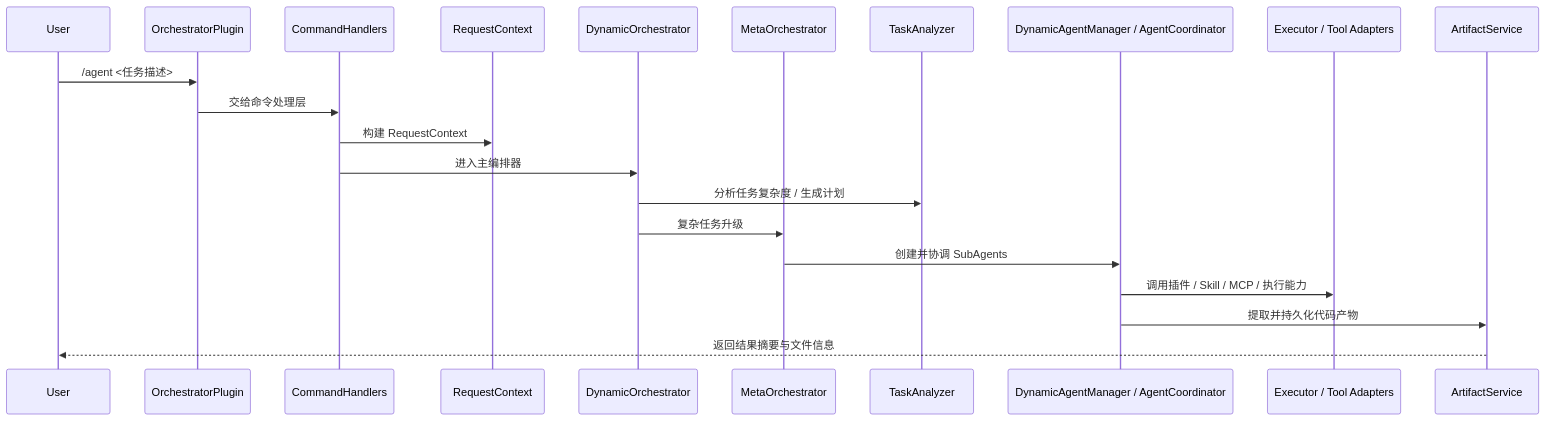
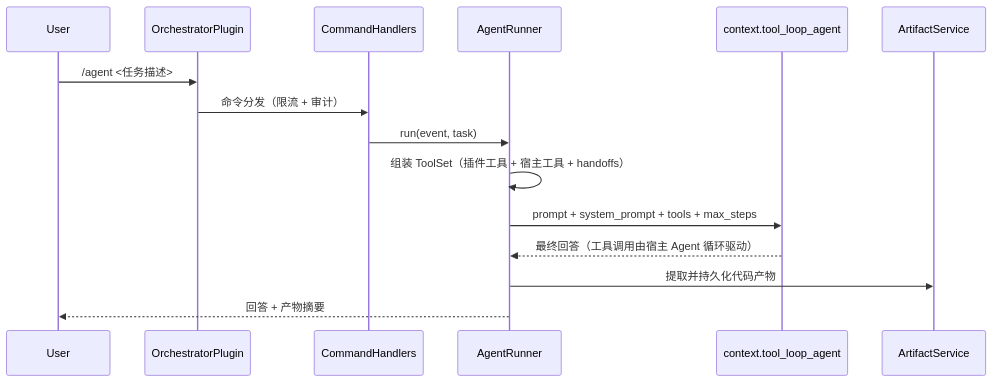
The third of 5 diagrams in docs/architecture.md (Jerry2003826/astrbot_orchestrator), drawn with Mermaid before and after one commit. The commit also changed other lines of this file and 126 other files, not shown here.

````diff
--- a/docs/architecture.md
+++ b/docs/architecture.md
@@ -67,24 +58,18 @@
 ```mermaid
 sequenceDiagram
     participant U as User
     participant P as OrchestratorPlugin
     participant H as CommandHandlers
-    participant R as RequestContext
-    participant O as DynamicOrchestrator
-    participant M as MetaOrchestrator
-    participant T as TaskAnalyzer
-    participant A as DynamicAgentManager / AgentCoordinator
-    participant X as Executor / Tool Adapters
+    participant R as AgentRunner
+    participant T as context.tool_loop_agent
     participant F as ArtifactService
 
     U->>P: /agent <任务描述>
-    P->>H: 交给命令处理层
-    H->>R: 构建 RequestContext
-    H->>O: 进入主编排器
-    O->>T: 分析任务复杂度 / 生成计划
-    O->>M: 复杂任务升级
-    M->>A: 创建并协调 SubAgents
-    A->>X: 调用插件 / Skill / MCP / 执行能力
-    A->>F: 提取并持久化代码产物
-    F-->>U: 返回结果摘要与文件信息
+    P->>H: 命令分发（限流 + 审计）
+    H->>R: run(event, task)
+    R->>R: 组装 ToolSet（插件工具 + 宿主工具 + handoffs）
+    R->>T: prompt + system_prompt + tools + max_steps
+    T-->>R: 最终回答（工具调用由宿主 Agent 循环驱动）
+    R->>F: 提取并持久化代码产物
+    R-->>U: 回答 + 产物摘要
 ```
````
